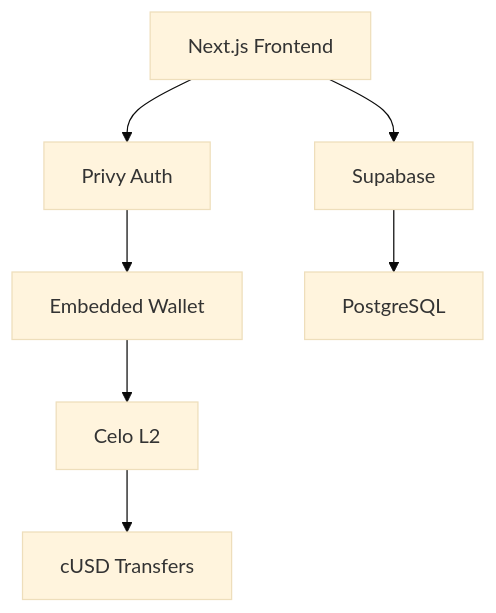
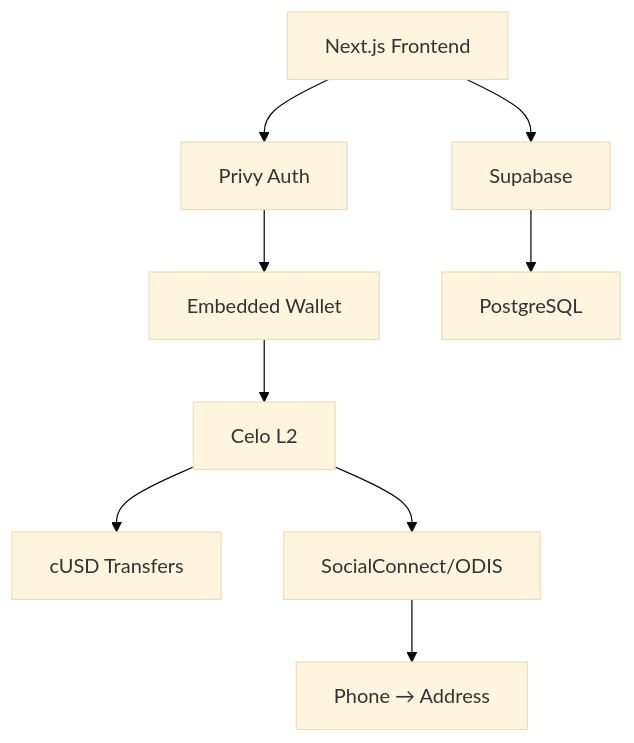
One commit to LuisSambrano/puente-fintech-dapp changed the diagram in README.md. Above: the diagram before and after it, drawn with Mermaid (base theme). The commit also changed other lines of this file and 2 other files, not shown here.

````diff
--- a/README.md
+++ b/README.md
@@ -91,9 +148,11 @@
 ```mermaid
 graph TD
     A[Next.js Frontend] --> B[Privy Auth]
     B --> C[Embedded Wallet]
     C --> D[Celo L2]
     D --> E[cUSD Transfers]
     A --> F[Supabase]
     F --> G[PostgreSQL]
+    D --> H[SocialConnect/ODIS]
+    H --> I[Phone → Address]
 ```
````
